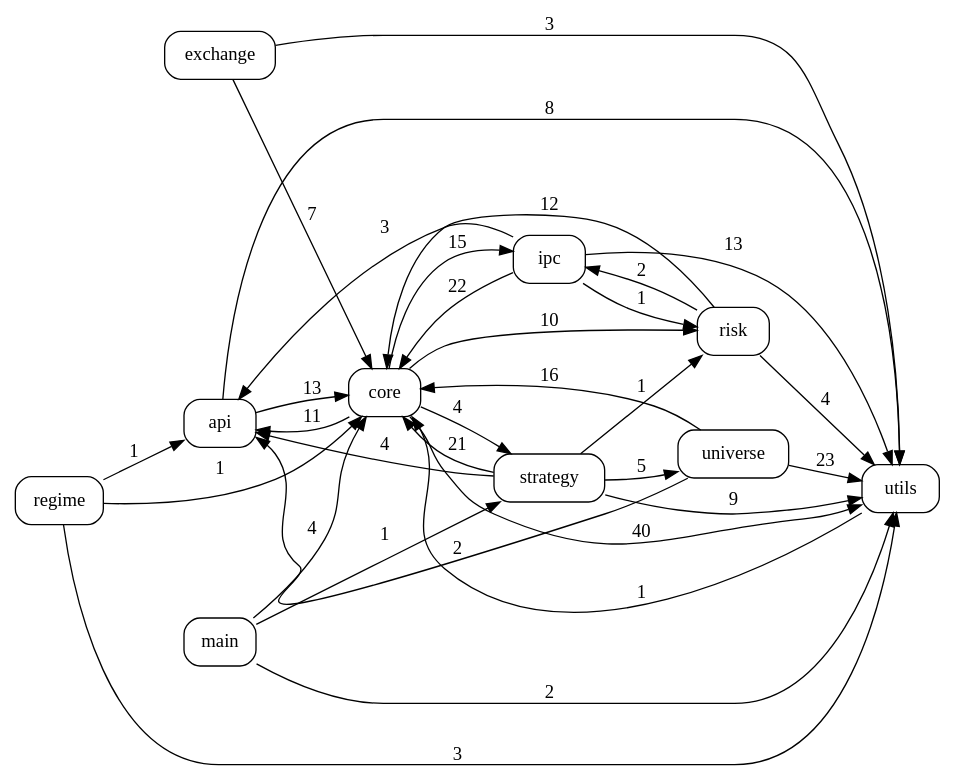
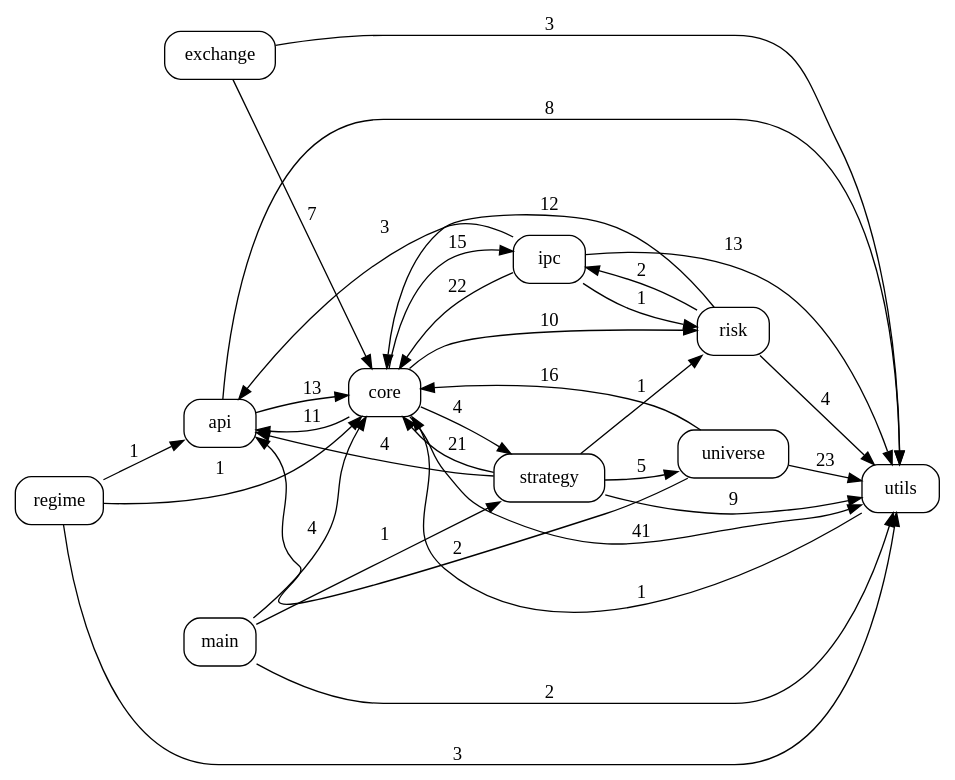
Before and after one commit to pypy8171/Quant: the diagram in docs/code_graph.dot, drawn with Graphviz. The commit also changed 25 other files, not shown here.

```diff
--- a/docs/code_graph.dot
+++ b/docs/code_graph.dot
@@ -1,45 +1,45 @@
 digraph code_graph {
   rankdir=LR;
   node [shape=box, style=rounded, fontname="Consolas"];
   "api";
   "core";
   "exchange";
   "ipc";
   "main";
   "regime";
   "risk";
   "strategy";
   "universe";
   "utils";
   "api" -> "core" [label="13"];
   "api" -> "utils" [label="8"];
   "core" -> "api" [label="11"];
   "core" -> "ipc" [label="15"];
   "core" -> "risk" [label="10"];
   "core" -> "strategy" [label="4"];
-  "core" -> "utils" [label="40"];
+  "core" -> "utils" [label="41"];
   "exchange" -> "core" [label="7"];
   "exchange" -> "utils" [label="3"];
   "ipc" -> "api" [label="3"];
   "ipc" -> "core" [label="22"];
   "ipc" -> "risk" [label="1"];
   "ipc" -> "utils" [label="13"];
   "main" -> "core" [label="4"];
   "main" -> "strategy" [label="1"];
   "main" -> "utils" [label="2"];
   "regime" -> "api" [label="1"];
   "regime" -> "core" [label="1"];
   "regime" -> "utils" [label="3"];
   "risk" -> "core" [label="12"];
   "risk" -> "ipc" [label="2"];
   "risk" -> "utils" [label="4"];
   "strategy" -> "api" [label="4"];
   "strategy" -> "core" [label="21"];
   "strategy" -> "risk" [label="1"];
   "strategy" -> "universe" [label="5"];
   "strategy" -> "utils" [label="9"];
   "universe" -> "api" [label="2"];
   "universe" -> "core" [label="16"];
   "universe" -> "utils" [label="23"];
   "utils" -> "core" [label="1"];
 }
```
